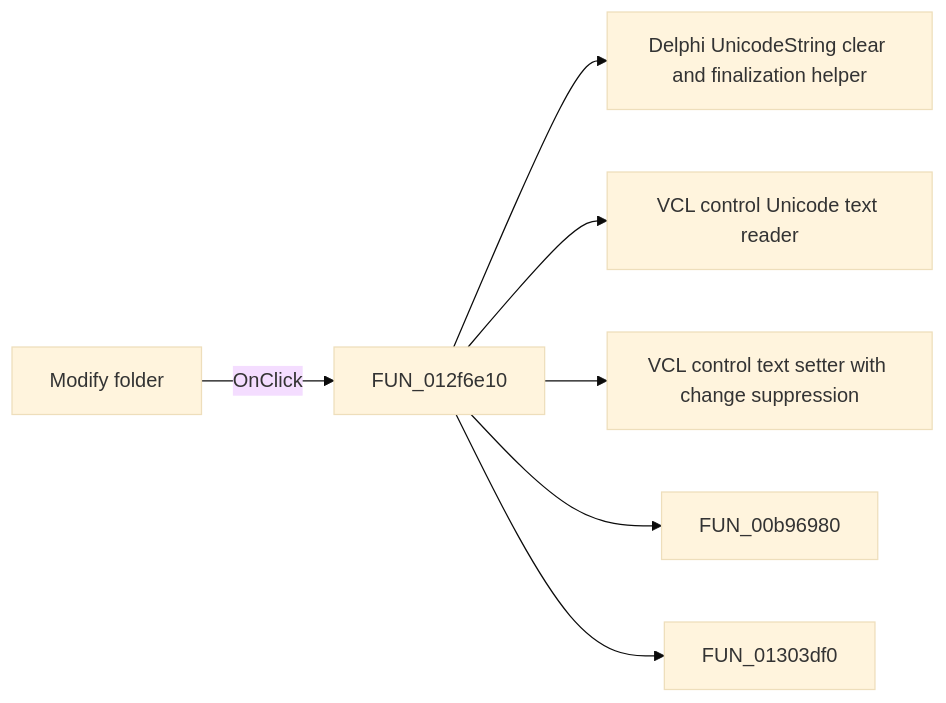
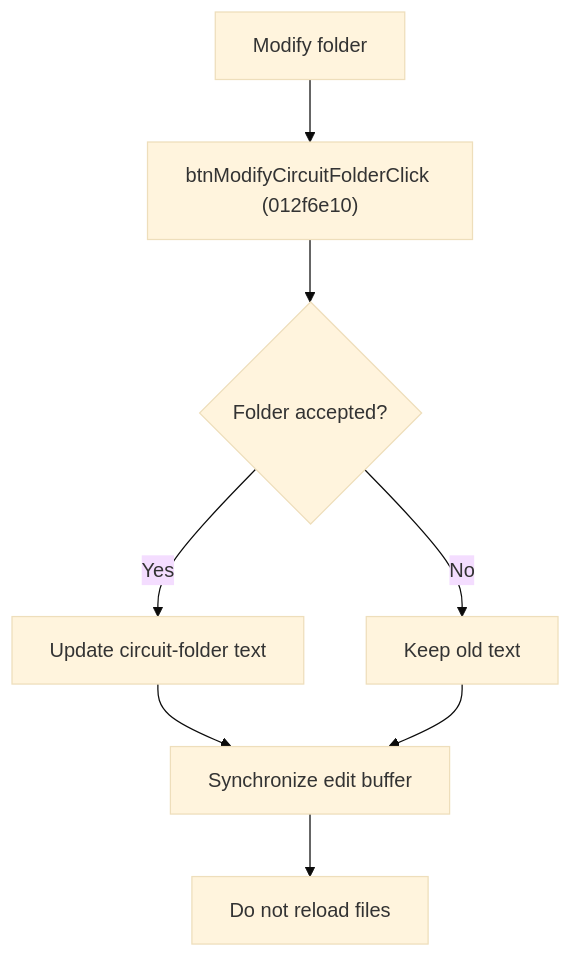
Before and after one commit to MovGP0/TIARA: the diagram in docs/ui-controls/frmmodeltestbencheditor/btnmodifycircuitfolder-bb33455c40.md, drawn with Mermaid (base theme). The commit also changed other lines of this file and 387 other files, not shown here.

````diff
--- a/docs/ui-controls/frmmodeltestbencheditor/btnmodifycircuitfolder-bb33455c40.md
+++ b/docs/ui-controls/frmmodeltestbencheditor/btnmodifycircuitfolder-bb33455c40.md
@@ -27,9 +29,10 @@
 ```mermaid
-flowchart LR
-    control["Modify folder"] -->|OnClick| handler["FUN_012f6e10"]
-    handler --> call1["Delphi UnicodeString clear and finalization helper"]
-    handler --> call2["VCL control Unicode text reader"]
-    handler --> call3["VCL control text setter with change suppression"]
-    handler --> call4["FUN_00b96980"]
-    handler --> call5["FUN_01303df0"]
+flowchart TD
+    control["Modify folder"] --> handler["btnModifyCircuitFolderClick (012f6e10)"]
+    handler --> accepted{"Folder accepted?"}
+    accepted -->|Yes| update["Update circuit-folder text"]
+    accepted -->|No| keep["Keep old text"]
+    update --> sync["Synchronize edit buffer"]
+    keep --> sync
+    sync --> stop["Do not reload files"]
 ```
````
